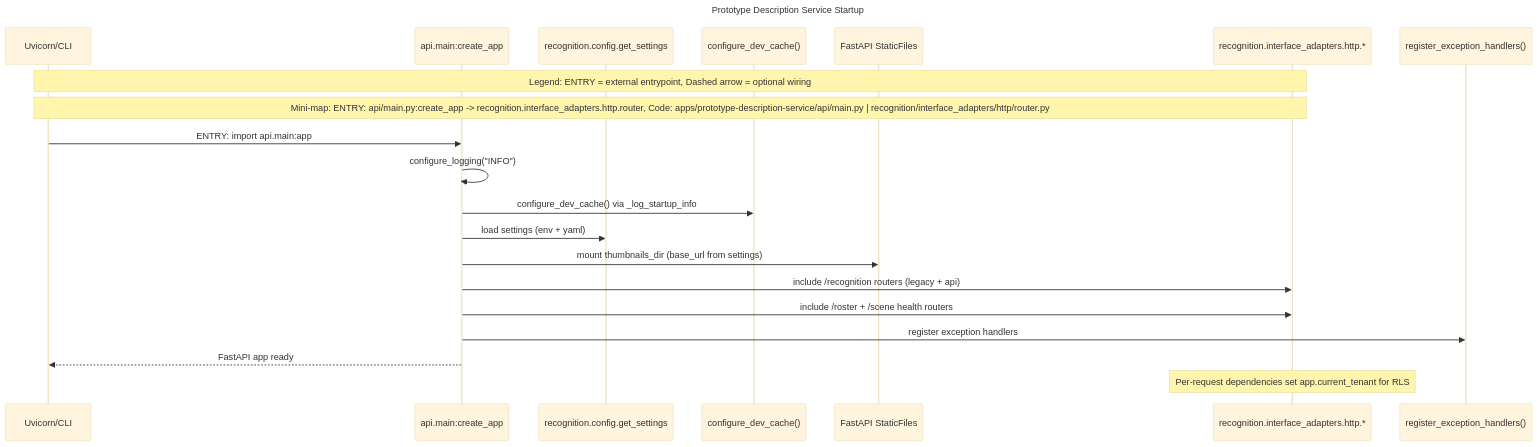
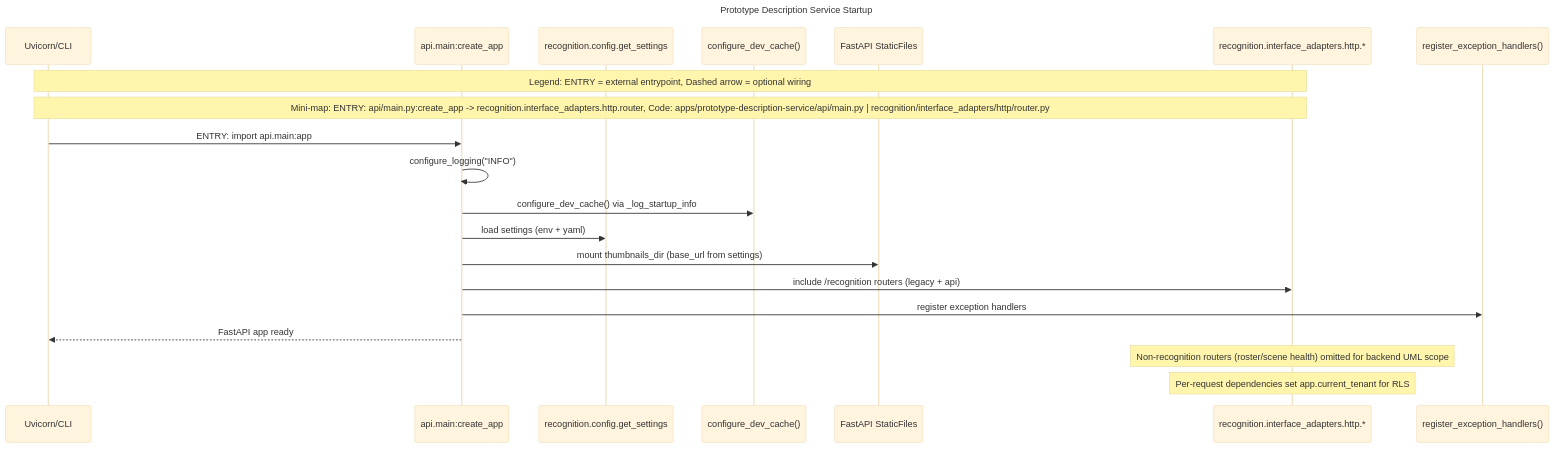
Before and after one commit to darce/context-alt-text-monorepo: the diagram in docs/agentic/diagrams/backend-uml/workflows/startup_sequence.mmd, drawn with Mermaid (base theme). The commit also changed 33 other files, not shown here.

Commit message:
docs: refresh agentic diagrams and clustering docs

```diff
--- a/docs/agentic/diagrams/backend-uml/workflows/startup_sequence.mmd
+++ b/docs/agentic/diagrams/backend-uml/workflows/startup_sequence.mmd
@@ -1,25 +1,25 @@
 ---
 title: Prototype Description Service Startup
 ---
 sequenceDiagram
     participant CLI as Uvicorn/CLI
     participant App as api.main:create_app
     participant Settings as recognition.config.get_settings
     participant Cache as configure_dev_cache()
     participant Static as FastAPI StaticFiles
     participant Routers as recognition.interface_adapters.http.*
     participant Handlers as register_exception_handlers()
 
     Note over CLI,Routers: Legend: ENTRY = external entrypoint, Dashed arrow = optional wiring
     Note over CLI,Routers: Mini-map: ENTRY: api/main.py:create_app -> recognition.interface_adapters.http.router, Code: apps/prototype-description-service/api/main.py | recognition/interface_adapters/http/router.py
 
     CLI->>App: ENTRY: import api.main:app
     App->>App: configure_logging("INFO")
     App->>Cache: configure_dev_cache() via _log_startup_info
     App->>Settings: load settings (env + yaml)
     App->>Static: mount thumbnails_dir (base_url from settings)
     App->>Routers: include /recognition routers (legacy + api)
-    App->>Routers: include /roster + /scene health routers
     App->>Handlers: register exception handlers
     App-->>CLI: FastAPI app ready
+    Note over Routers: Non-recognition routers (roster/scene health) omitted for backend UML scope
     Note over Routers: Per-request dependencies set app.current_tenant for RLS
```
